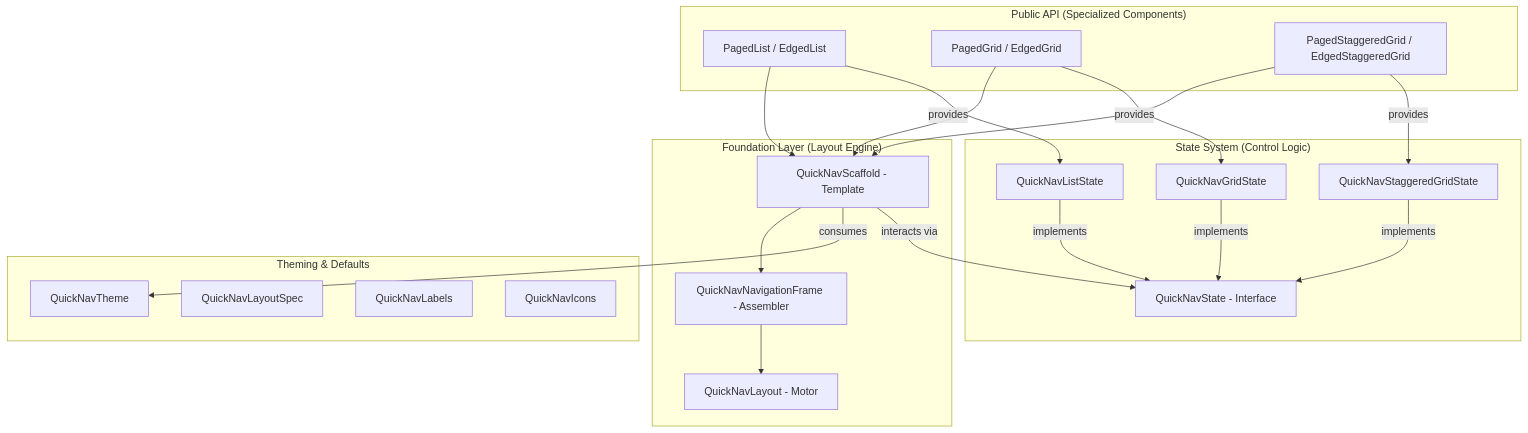
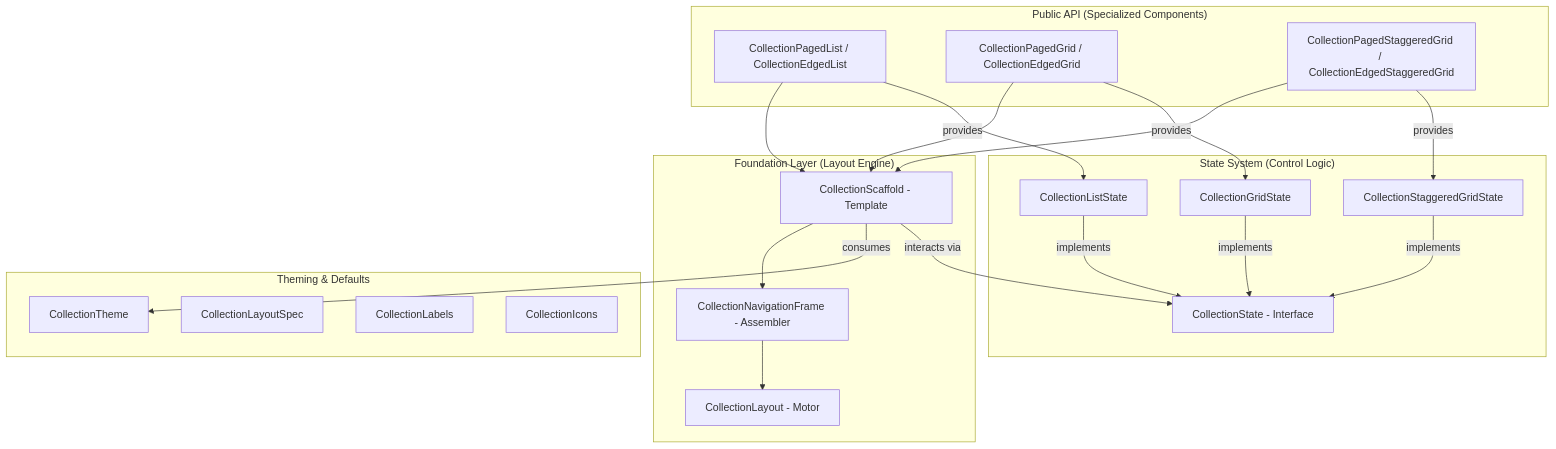
The diagram in app/src/main/java/br/com/arml/composecollections/docs/API_MAP.md (albertrml/ComposeCollections), drawn with Mermaid before and after one commit. The commit also changed other lines of this file and 99 other files, not shown here.

````diff
--- a/app/src/main/java/br/com/arml/composecollections/docs/API_MAP.md
+++ b/app/src/main/java/br/com/arml/composecollections/docs/API_MAP.md
@@ -9,47 +9,47 @@
 ```mermaid
 graph TD
     subgraph "Public API (Specialized Components)"
-        List[PagedList / EdgedList]
-        Grid[PagedGrid / EdgedGrid]
-        Staggered[PagedStaggeredGrid / EdgedStaggeredGrid]
+        List[CollectionPagedList / CollectionEdgedList]
+        Grid[CollectionPagedGrid / CollectionEdgedGrid]
+        Staggered[CollectionPagedStaggeredGrid / CollectionEdgedStaggeredGrid]
     end
 
     subgraph "Foundation Layer (Layout Engine)"
-        Scaffold[QuickNavScaffold - Template]
-        Frame[QuickNavNavigationFrame - Assembler]
-        Layout[QuickNavLayout - Motor]
+        Scaffold[CollectionScaffold - Template]
+        Frame[CollectionNavigationFrame - Assembler]
+        Layout[CollectionLayout - Motor]
     end
 
     subgraph "State System (Control Logic)"
-        StateI[QuickNavState - Interface]
-        StateList[QuickNavListState]
-        StateGrid[QuickNavGridState]
-        StateStag[QuickNavStaggeredGridState]
+        StateI[CollectionState - Interface]
+        StateList[CollectionListState]
+        StateGrid[CollectionGridState]
+        StateStag[CollectionStaggeredGridState]
     end
 
     subgraph "Theming & Defaults"
-        Theme[QuickNavTheme]
-        Spec[QuickNavLayoutSpec]
-        Labels[QuickNavLabels]
-        Icons[QuickNavIcons]
+        Theme[CollectionTheme]
+        Spec[CollectionLayoutSpec]
+        Labels[CollectionLabels]
+        Icons[CollectionIcons]
     end
 
     %% Relationships
     List --> Scaffold
     Grid --> Scaffold
     Staggered --> Scaffold
     
     Scaffold --> Frame
     Frame --> Layout
     
     Scaffold -- consumes --> Theme
     List -- provides --> StateList
     Grid -- provides --> StateGrid
     Staggered -- provides --> StateStag
     
     StateList -- implements --> StateI
     StateGrid -- implements --> StateI
     StateStag -- implements --> StateI
     
     Scaffold -- interacts via --> StateI
 ```
````
